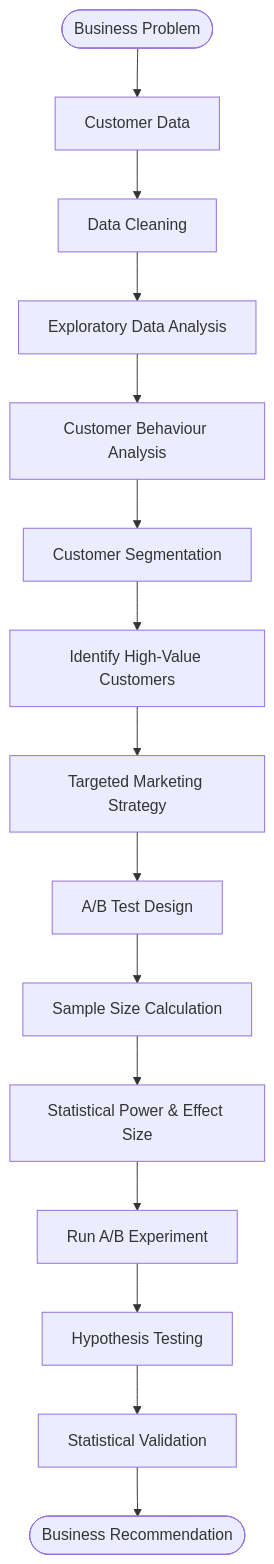
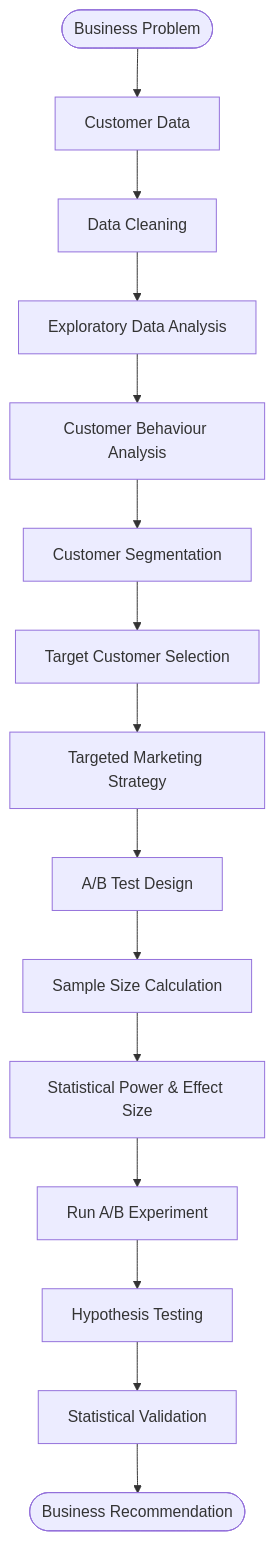
One commit to bhartishr28/credit-card-marketing-analytics changed the diagram in README.md. Above: the diagram before and after it, drawn with Mermaid. The commit also changed other lines of this file, not shown here.

````diff
--- a/README.md
+++ b/README.md
@@ -101,33 +101,33 @@
 ```mermaid
 flowchart TD
 
 A([Business Problem])
 
 A --> B[Customer Data]
 
 B --> C[Data Cleaning]
 
 C --> D[Exploratory Data Analysis]
 
 D --> E[Customer Behaviour Analysis]
 
 E --> F[Customer Segmentation]
 
-F --> G[Identify High-Value Customers]
+F --> G[Target Customer Selection]
 
 G --> H[Targeted Marketing Strategy]
 
 H --> I[A/B Test Design]
 
 I --> J[Sample Size Calculation]
 
 J --> K[Statistical Power & Effect Size]
 
 K --> L[Run A/B Experiment]
 
 L --> M[Hypothesis Testing]
 
 M --> N[Statistical Validation]
 
 N --> O([Business Recommendation])
 ```
````
